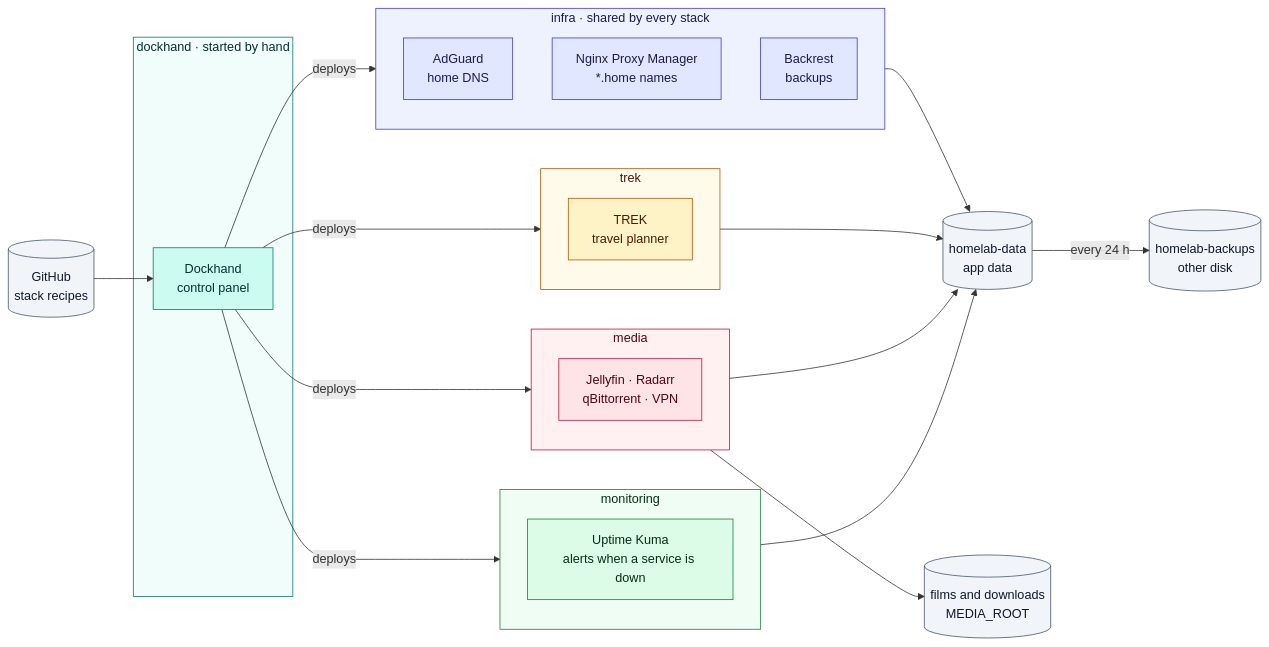
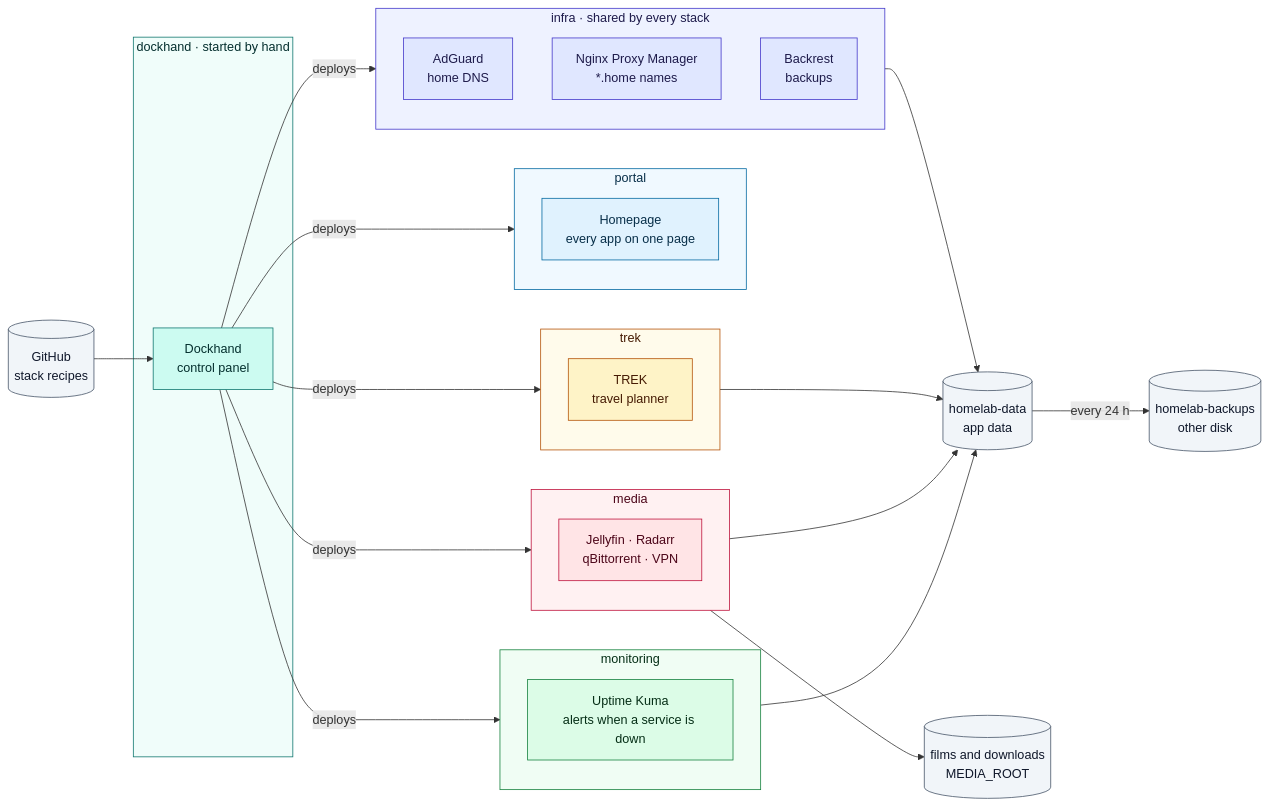
One commit to c4rl0s04/homelab changed the diagram in README.md. Above: the diagram before and after it, drawn with Mermaid. The commit also changed other lines of this file and 3 other files, not shown here.

Commit message:
feat: add portal stack with Homepage configured in Git

````diff
--- a/README.md
+++ b/README.md
@@ -7,56 +7,64 @@
 ```mermaid
 flowchart LR
   git[("GitHub<br/>stack recipes")]
 
   subgraph DOCKHAND["dockhand · started by hand"]
     dockhand["Dockhand<br/>control panel"]
   end
 
   subgraph INFRA["infra · shared by every stack"]
     adguard["AdGuard<br/>home DNS"]
     npm["Nginx Proxy Manager<br/>*.home names"]
     backrest["Backrest<br/>backups"]
   end
 
   subgraph TREK["trek"]
     trek["TREK<br/>travel planner"]
   end
 
   subgraph MONITORING["monitoring"]
     kuma["Uptime Kuma<br/>alerts when a service is down"]
   end
 
+  subgraph PORTAL["portal"]
+    homepage["Homepage<br/>every app on one page"]
+  end
+
   subgraph MEDIA["media"]
     media["Jellyfin · Radarr<br/>qBittorrent · VPN"]
   end
 
   data[("homelab-data<br/>app data")]
   backups[("homelab-backups<br/>other disk")]
 
   git --> dockhand
   dockhand -- deploys --> INFRA
   dockhand -- deploys --> TREK
   dockhand -- deploys --> MEDIA
   dockhand -- deploys --> MONITORING
+  dockhand -- deploys --> PORTAL
   INFRA & TREK & MEDIA & MONITORING --> data
   MEDIA --> films[("films and downloads<br/>MEDIA_ROOT")]
   data -- every 24 h --> backups
 
   classDef manager fill:#ccfbf1,stroke:#0f766e,color:#042f2e
   classDef infra fill:#e0e7ff,stroke:#4338ca,color:#1e1b4b
   classDef trek fill:#fef3c7,stroke:#b45309,color:#451a03
   classDef media fill:#ffe4e6,stroke:#be123c,color:#4c0519
   classDef monitoring fill:#dcfce7,stroke:#15803d,color:#052e16
+  classDef portal fill:#e0f2fe,stroke:#0369a1,color:#082f49
   classDef storage fill:#f1f5f9,stroke:#475569,color:#0f172a
   class dockhand manager
   class adguard,npm,backrest infra
   class trek trek
   class media media
   class kuma monitoring
+  class homepage portal
   class git,data,backups,films storage
   style DOCKHAND fill:#f0fdfa,stroke:#0f766e,color:#042f2e
   style INFRA fill:#eef2ff,stroke:#4338ca,color:#1e1b4b
   style TREK fill:#fffbeb,stroke:#b45309,color:#451a03
   style MEDIA fill:#fff1f2,stroke:#be123c,color:#4c0519
   style MONITORING fill:#f0fdf4,stroke:#15803d,color:#052e16
+  style PORTAL fill:#f0f9ff,stroke:#0369a1,color:#082f49
 ```
````
